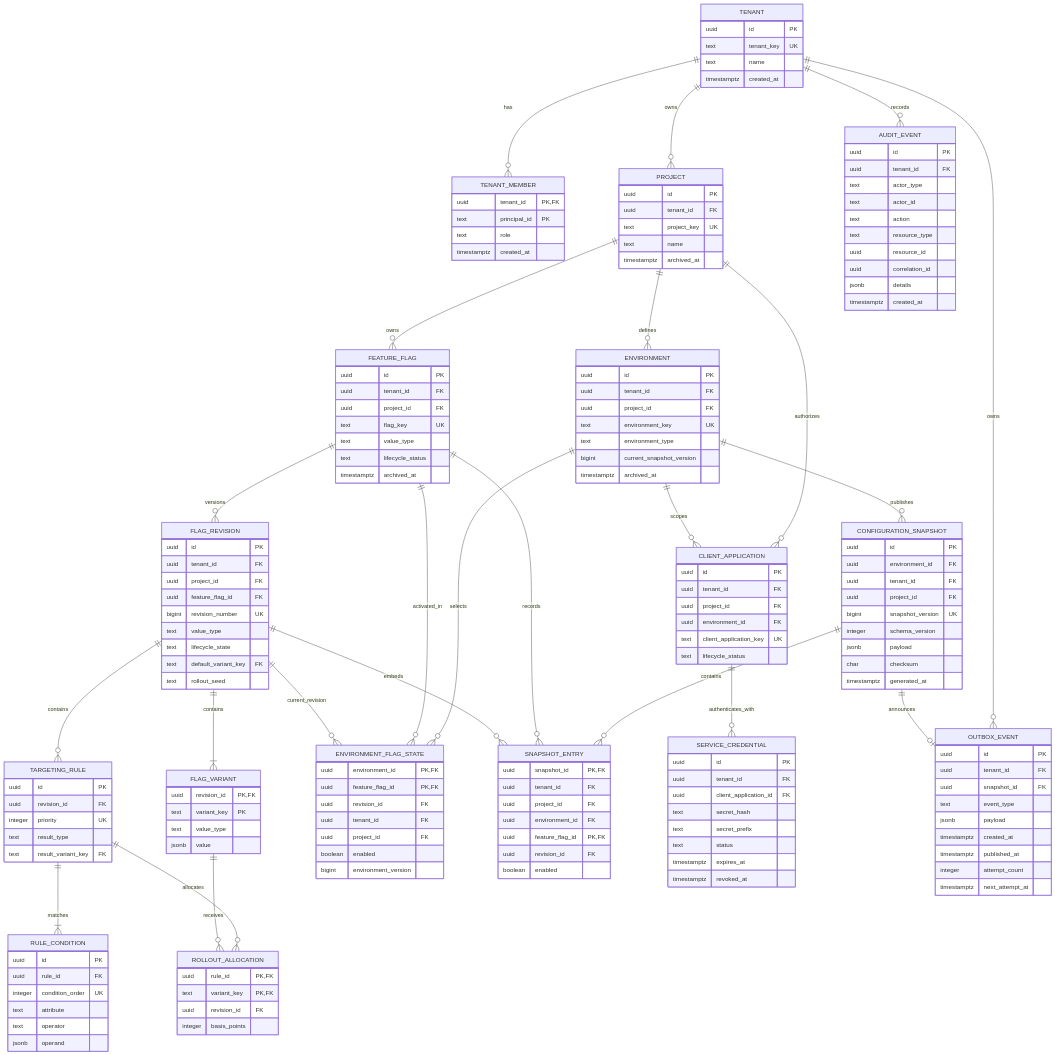
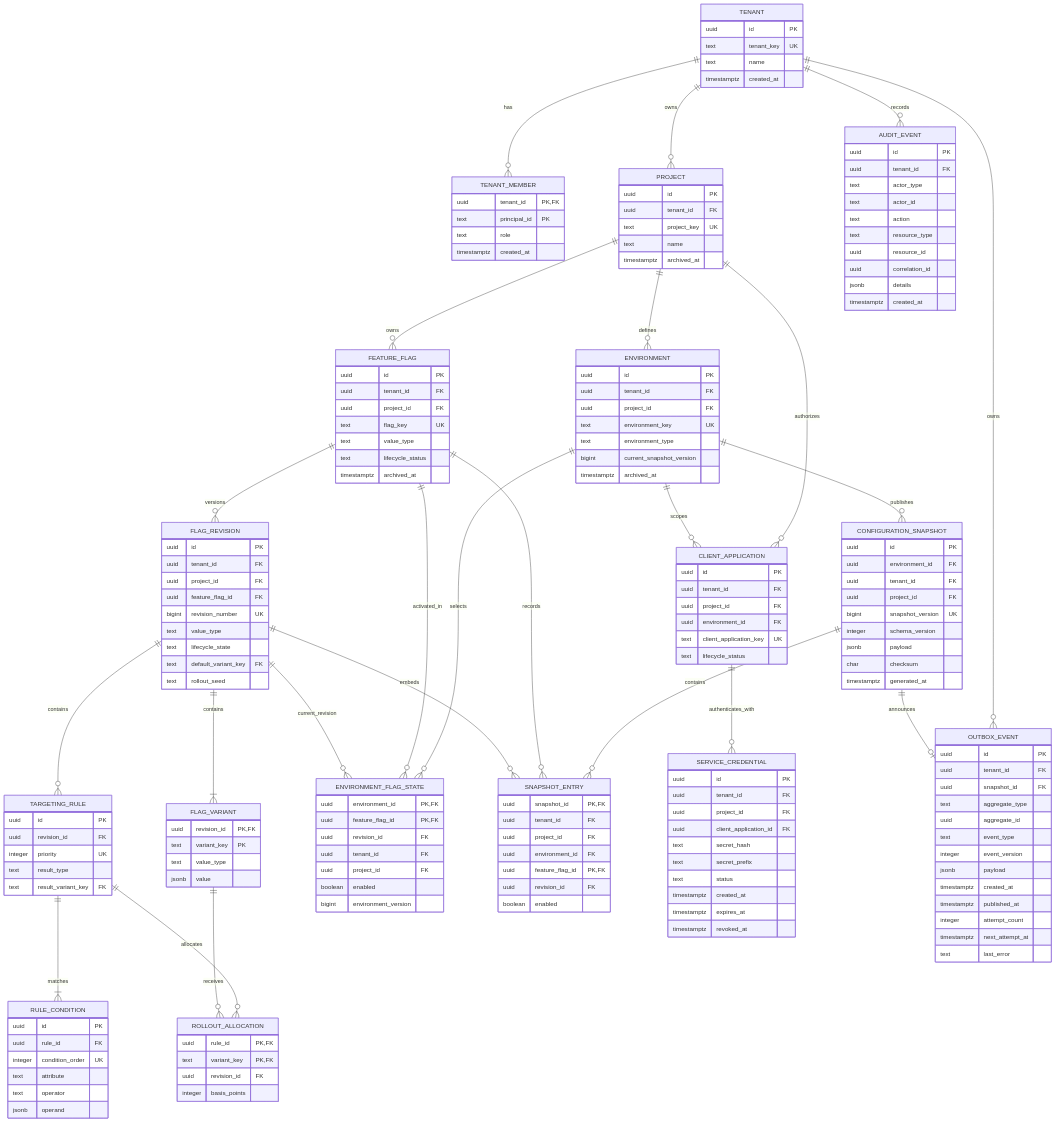
One commit to dlsrnjs125/switchboard changed the diagram in docs/data-model/erd.md. Above: the diagram before and after it, drawn with Mermaid. The commit also changed other lines of this file and 3 other files, not shown here.

````diff
--- a/docs/data-model/erd.md
+++ b/docs/data-model/erd.md
@@ -163,10 +163,12 @@
     SERVICE_CREDENTIAL {
       uuid id PK
       uuid tenant_id FK
+      uuid project_id FK
       uuid client_application_id FK
       text secret_hash
       text secret_prefix
       text status
+      timestamptz created_at
       timestamptz expires_at
       timestamptz revoked_at
     }
@@ -186,11 +188,15 @@
       uuid id PK
       uuid tenant_id FK
       uuid snapshot_id FK
+      text aggregate_type
+      uuid aggregate_id
       text event_type
+      integer event_version
       jsonb payload
       timestamptz created_at
       timestamptz published_at
       integer attempt_count
       timestamptz next_attempt_at
+      text last_error
     }
 ```
````
